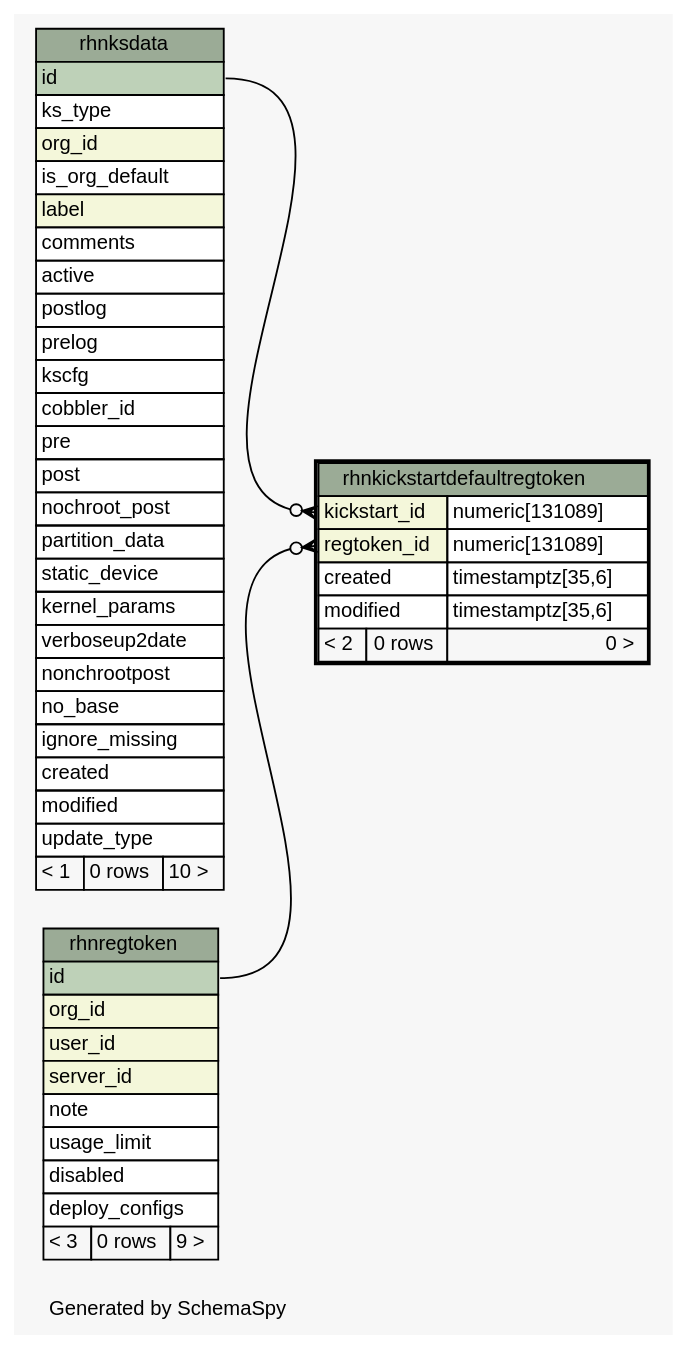
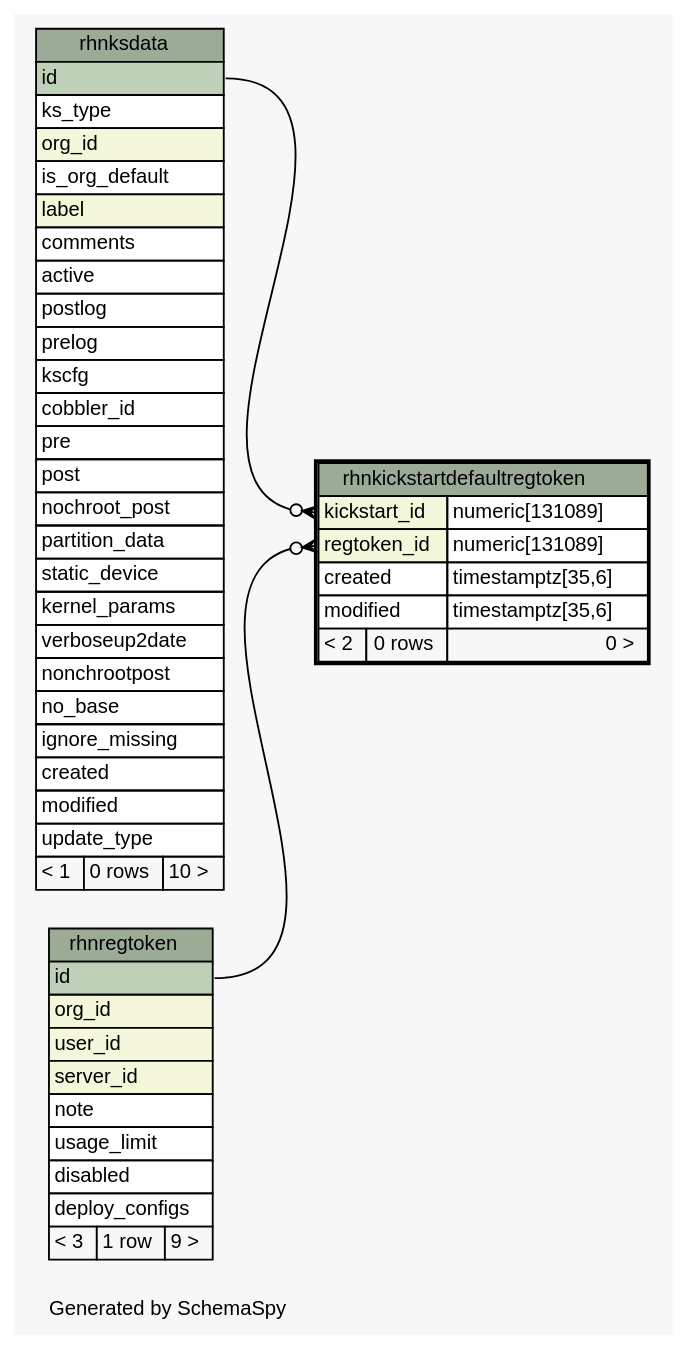
One commit to spacewalkproject/spacewalkproject.github.io changed the diagram in documentation/schema-doc/diagrams/rhnkickstartdefaultregtoken.1degree.dot. Above: the diagram before and after it, drawn with Graphviz. The commit also changed 1495 other files, not shown here.

Commit message:
Updating Schema documentation for 2.7

```diff
--- a/documentation/schema-doc/diagrams/rhnkickstartdefaultregtoken.1degree.dot
+++ b/documentation/schema-doc/diagrams/rhnkickstartdefaultregtoken.1degree.dot
@@ -1,87 +1,87 @@
-// dot 2.26.0 on Linux 2.6.32-504.el6.x86_64
+// dot 2.26.0 on Linux 2.6.32-696.6.3.el6.x86_64
 // SchemaSpy rev 590
 digraph "oneDegreeRelationshipsDiagram" {
   graph [
     rankdir="RL"
     bgcolor="#f7f7f7"
     label="\nGenerated by SchemaSpy"
     labeljust="l"
     nodesep="0.18"
     ranksep="0.46"
     fontname="Helvetica"
     fontsize="11"
   ];
   node [
     fontname="Helvetica"
     fontsize="11"
     shape="plaintext"
   ];
   edge [
     arrowsize="0.8"
   ];
   "rhnkickstartdefaultregtoken":"kickstart_id":w -> "rhnksdata":"id":e [arrowhead=none dir=back arrowtail=crowodot];
   "rhnkickstartdefaultregtoken":"regtoken_id":w -> "rhnregtoken":"id":e [arrowhead=none dir=back arrowtail=crowodot];
   "rhnkickstartdefaultregtoken" [
     label=<
     <TABLE BORDER="2" CELLBORDER="1" CELLSPACING="0" BGCOLOR="#ffffff">
       <TR><TD COLSPAN="3" BGCOLOR="#9bab96" ALIGN="CENTER">rhnkickstartdefaultregtoken</TD></TR>
       <TR><TD PORT="kickstart_id" COLSPAN="2" BGCOLOR="#f4f7da" ALIGN="LEFT">kickstart_id</TD><TD PORT="kickstart_id.type" ALIGN="LEFT">numeric[131089]</TD></TR>
       <TR><TD PORT="regtoken_id" COLSPAN="2" BGCOLOR="#f4f7da" ALIGN="LEFT">regtoken_id</TD><TD PORT="regtoken_id.type" ALIGN="LEFT">numeric[131089]</TD></TR>
       <TR><TD PORT="created" COLSPAN="2" ALIGN="LEFT">created</TD><TD PORT="created.type" ALIGN="LEFT">timestamptz[35,6]</TD></TR>
       <TR><TD PORT="modified" COLSPAN="2" ALIGN="LEFT">modified</TD><TD PORT="modified.type" ALIGN="LEFT">timestamptz[35,6]</TD></TR>
       <TR><TD ALIGN="LEFT" BGCOLOR="#f7f7f7">&lt; 2</TD><TD ALIGN="RIGHT" BGCOLOR="#f7f7f7">0 rows</TD><TD ALIGN="RIGHT" BGCOLOR="#f7f7f7">0 &gt;</TD></TR>
     </TABLE>>
     URL="rhnkickstartdefaultregtoken.html"
     tooltip="rhnkickstartdefaultregtoken"
   ];
   "rhnksdata" [
     label=<
     <TABLE BORDER="0" CELLBORDER="1" CELLSPACING="0" BGCOLOR="#ffffff">
       <TR><TD COLSPAN="3" BGCOLOR="#9bab96" ALIGN="CENTER">rhnksdata</TD></TR>
       <TR><TD PORT="id" COLSPAN="3" BGCOLOR="#bed1b8" ALIGN="LEFT">id</TD></TR>
       <TR><TD PORT="ks_type" COLSPAN="3" ALIGN="LEFT">ks_type</TD></TR>
       <TR><TD PORT="org_id" COLSPAN="3" BGCOLOR="#f4f7da" ALIGN="LEFT">org_id</TD></TR>
       <TR><TD PORT="is_org_default" COLSPAN="3" ALIGN="LEFT">is_org_default</TD></TR>
       <TR><TD PORT="label" COLSPAN="3" BGCOLOR="#f4f7da" ALIGN="LEFT">label</TD></TR>
       <TR><TD PORT="comments" COLSPAN="3" ALIGN="LEFT">comments</TD></TR>
       <TR><TD PORT="active" COLSPAN="3" ALIGN="LEFT">active</TD></TR>
       <TR><TD PORT="postlog" COLSPAN="3" ALIGN="LEFT">postlog</TD></TR>
       <TR><TD PORT="prelog" COLSPAN="3" ALIGN="LEFT">prelog</TD></TR>
       <TR><TD PORT="kscfg" COLSPAN="3" ALIGN="LEFT">kscfg</TD></TR>
       <TR><TD PORT="cobbler_id" COLSPAN="3" ALIGN="LEFT">cobbler_id</TD></TR>
       <TR><TD PORT="pre" COLSPAN="3" ALIGN="LEFT">pre</TD></TR>
       <TR><TD PORT="post" COLSPAN="3" ALIGN="LEFT">post</TD></TR>
       <TR><TD PORT="nochroot_post" COLSPAN="3" ALIGN="LEFT">nochroot_post</TD></TR>
       <TR><TD PORT="partition_data" COLSPAN="3" ALIGN="LEFT">partition_data</TD></TR>
       <TR><TD PORT="static_device" COLSPAN="3" ALIGN="LEFT">static_device</TD></TR>
       <TR><TD PORT="kernel_params" COLSPAN="3" ALIGN="LEFT">kernel_params</TD></TR>
       <TR><TD PORT="verboseup2date" COLSPAN="3" ALIGN="LEFT">verboseup2date</TD></TR>
       <TR><TD PORT="nonchrootpost" COLSPAN="3" ALIGN="LEFT">nonchrootpost</TD></TR>
       <TR><TD PORT="no_base" COLSPAN="3" ALIGN="LEFT">no_base</TD></TR>
       <TR><TD PORT="ignore_missing" COLSPAN="3" ALIGN="LEFT">ignore_missing</TD></TR>
       <TR><TD PORT="created" COLSPAN="3" ALIGN="LEFT">created</TD></TR>
       <TR><TD PORT="modified" COLSPAN="3" ALIGN="LEFT">modified</TD></TR>
       <TR><TD PORT="update_type" COLSPAN="3" ALIGN="LEFT">update_type</TD></TR>
       <TR><TD ALIGN="LEFT" BGCOLOR="#f7f7f7">&lt; 1</TD><TD ALIGN="RIGHT" BGCOLOR="#f7f7f7">0 rows</TD><TD ALIGN="RIGHT" BGCOLOR="#f7f7f7">10 &gt;</TD></TR>
     </TABLE>>
     URL="rhnksdata.html"
     tooltip="rhnksdata"
   ];
   "rhnregtoken" [
     label=<
     <TABLE BORDER="0" CELLBORDER="1" CELLSPACING="0" BGCOLOR="#ffffff">
       <TR><TD COLSPAN="3" BGCOLOR="#9bab96" ALIGN="CENTER">rhnregtoken</TD></TR>
       <TR><TD PORT="id" COLSPAN="3" BGCOLOR="#bed1b8" ALIGN="LEFT">id</TD></TR>
       <TR><TD PORT="org_id" COLSPAN="3" BGCOLOR="#f4f7da" ALIGN="LEFT">org_id</TD></TR>
       <TR><TD PORT="user_id" COLSPAN="3" BGCOLOR="#f4f7da" ALIGN="LEFT">user_id</TD></TR>
       <TR><TD PORT="server_id" COLSPAN="3" BGCOLOR="#f4f7da" ALIGN="LEFT">server_id</TD></TR>
       <TR><TD PORT="note" COLSPAN="3" ALIGN="LEFT">note</TD></TR>
       <TR><TD PORT="usage_limit" COLSPAN="3" ALIGN="LEFT">usage_limit</TD></TR>
       <TR><TD PORT="disabled" COLSPAN="3" ALIGN="LEFT">disabled</TD></TR>
       <TR><TD PORT="deploy_configs" COLSPAN="3" ALIGN="LEFT">deploy_configs</TD></TR>
-      <TR><TD ALIGN="LEFT" BGCOLOR="#f7f7f7">&lt; 3</TD><TD ALIGN="RIGHT" BGCOLOR="#f7f7f7">0 rows</TD><TD ALIGN="RIGHT" BGCOLOR="#f7f7f7">9 &gt;</TD></TR>
+      <TR><TD ALIGN="LEFT" BGCOLOR="#f7f7f7">&lt; 3</TD><TD ALIGN="RIGHT" BGCOLOR="#f7f7f7">1 row</TD><TD ALIGN="RIGHT" BGCOLOR="#f7f7f7">9 &gt;</TD></TR>
     </TABLE>>
     URL="rhnregtoken.html"
     tooltip="rhnregtoken"
   ];
 }
```
